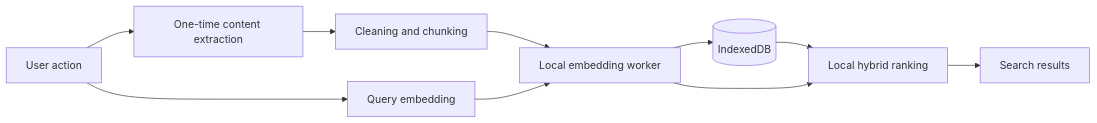
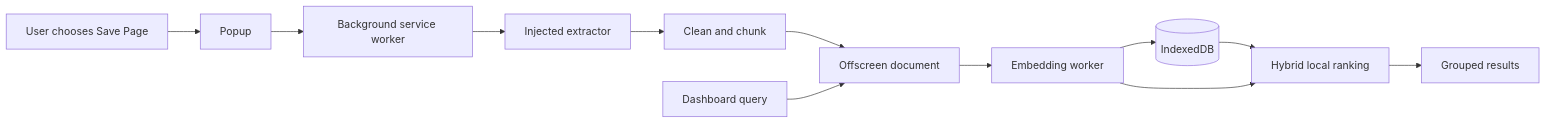
The diagram in README.md (Md-Hamzah-Omair/on-core), drawn with Mermaid before and after one commit. The commit also changed other lines of this file and 21 other files, not shown here.

````diff
--- a/README.md
+++ b/README.md
@@ -39,12 +87,14 @@
 ```mermaid
 flowchart LR
-  U[User action] --> E[One-time content extraction]
-  E --> C[Cleaning and chunking]
-  C --> W[Local embedding worker]
-  W --> DB[(IndexedDB)]
-  U --> Q[Query embedding]
-  Q --> W
-  DB --> R[Local hybrid ranking]
-  W --> R
-  R --> S[Search results]
+  U[User chooses Save Page] --> P[Popup]
+  P --> B[Background service worker]
+  B --> X[Injected extractor]
+  X --> C[Clean and chunk]
+  C --> O[Offscreen document]
+  O --> W[Embedding worker]
+  W --> D[(IndexedDB)]
+  Q[Dashboard query] --> O
+  D --> H[Hybrid local ranking]
+  W --> H
+  H --> R[Grouped results]
 ```
````
